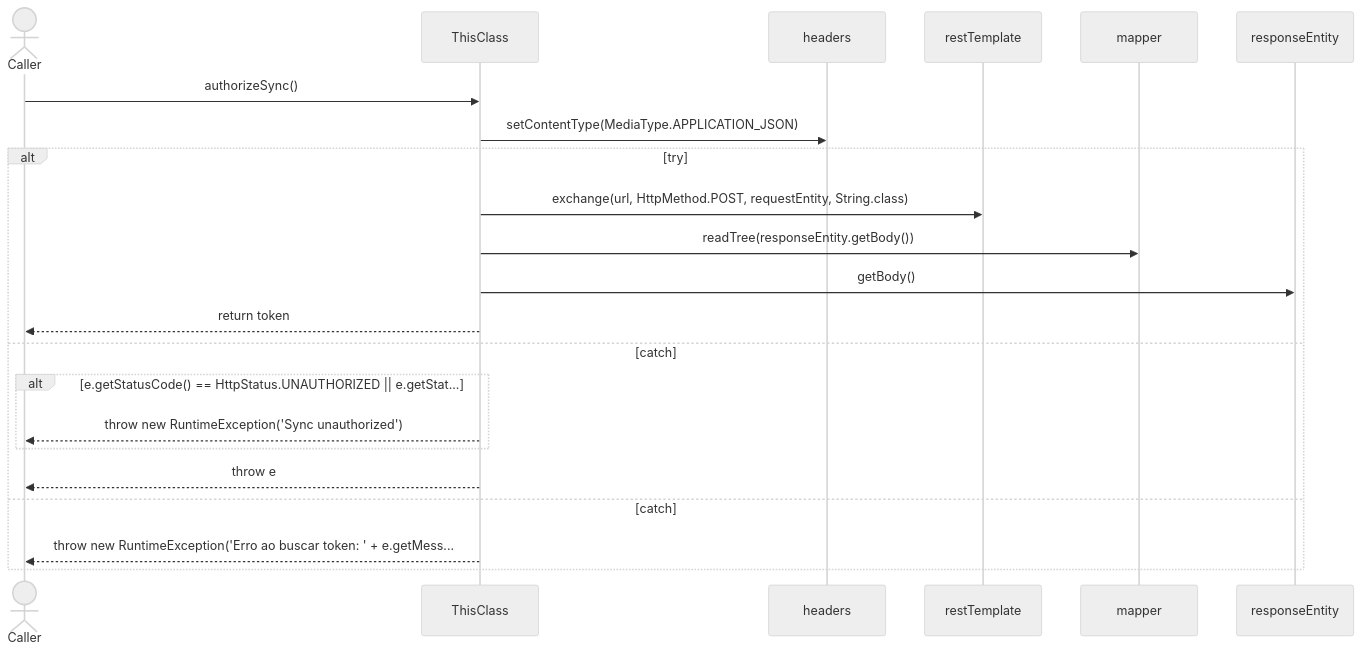
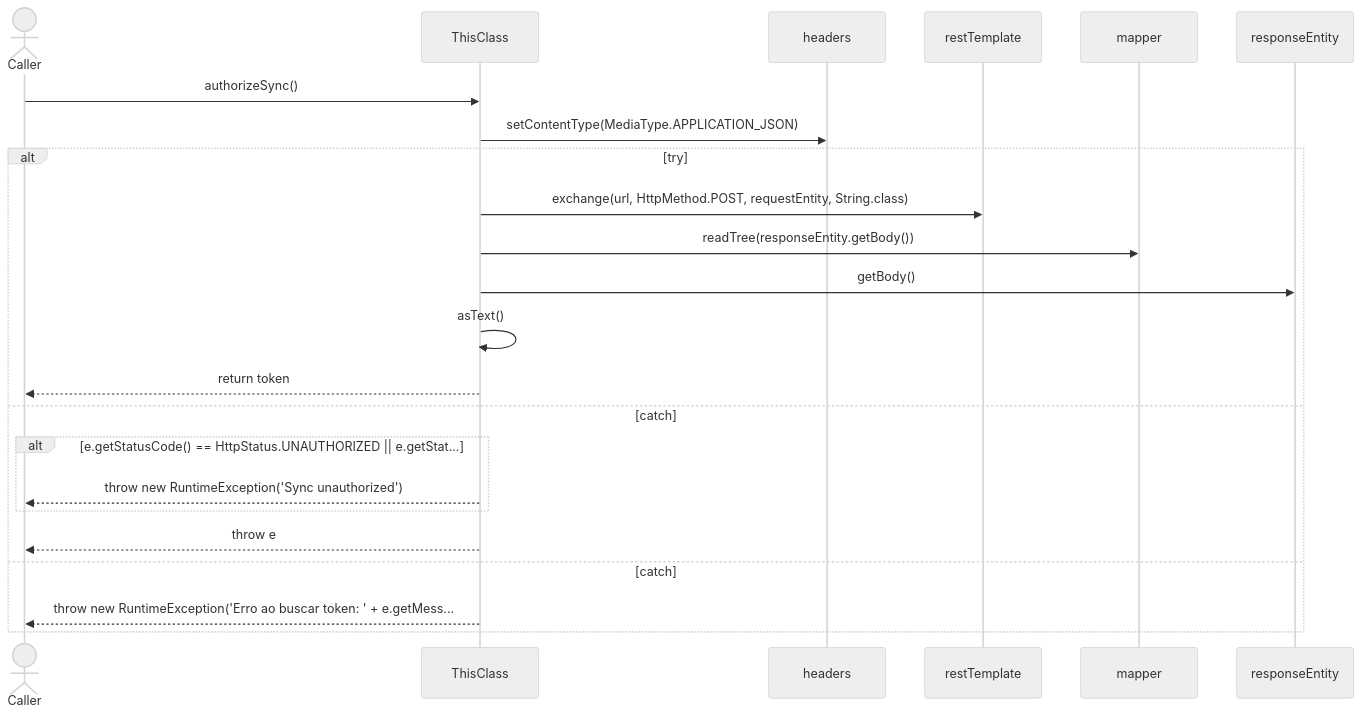
Before and after one commit to FelipeMCassiano/geanky: the sixth of 16 diagrams in docs/CloudSyncUploadService.md, drawn with Mermaid (neutral theme). The commit also changed other lines of this file and 7 other files, not shown here.

````diff
--- a/docs/CloudSyncUploadService.md
+++ b/docs/CloudSyncUploadService.md
@@ -478,26 +482,27 @@
 ```mermaid
 sequenceDiagram
     actor Caller
     participant ThisClass
+    participant headers
+    participant restTemplate
+    participant mapper
+    participant responseEntity
 
     Caller->>ThisClass: authorizeSync()
-    participant headers
     ThisClass->>headers: setContentType(MediaType.APPLICATION_JSON)
     alt try
-    participant restTemplate
     ThisClass->>restTemplate: exchange(url, HttpMethod.POST, requestEntity, String.class)
-    participant mapper
     ThisClass->>mapper: readTree(responseEntity.getBody())
-    participant responseEntity
     ThisClass->>responseEntity: getBody()
+    ThisClass->>ThisClass: asText()
     ThisClass-->>Caller: return token
     else catch 
     alt e.getStatusCode() == HttpStatus.UNAUTHORIZED || e.getStat...
     ThisClass-->>Caller: throw new RuntimeException('Sync unauthorized')
     end
     ThisClass-->>Caller: throw e
     else catch 
     ThisClass-->>Caller: throw new RuntimeException('Erro ao buscar token: ' + e.getMess...
     end
 
 ```
````
